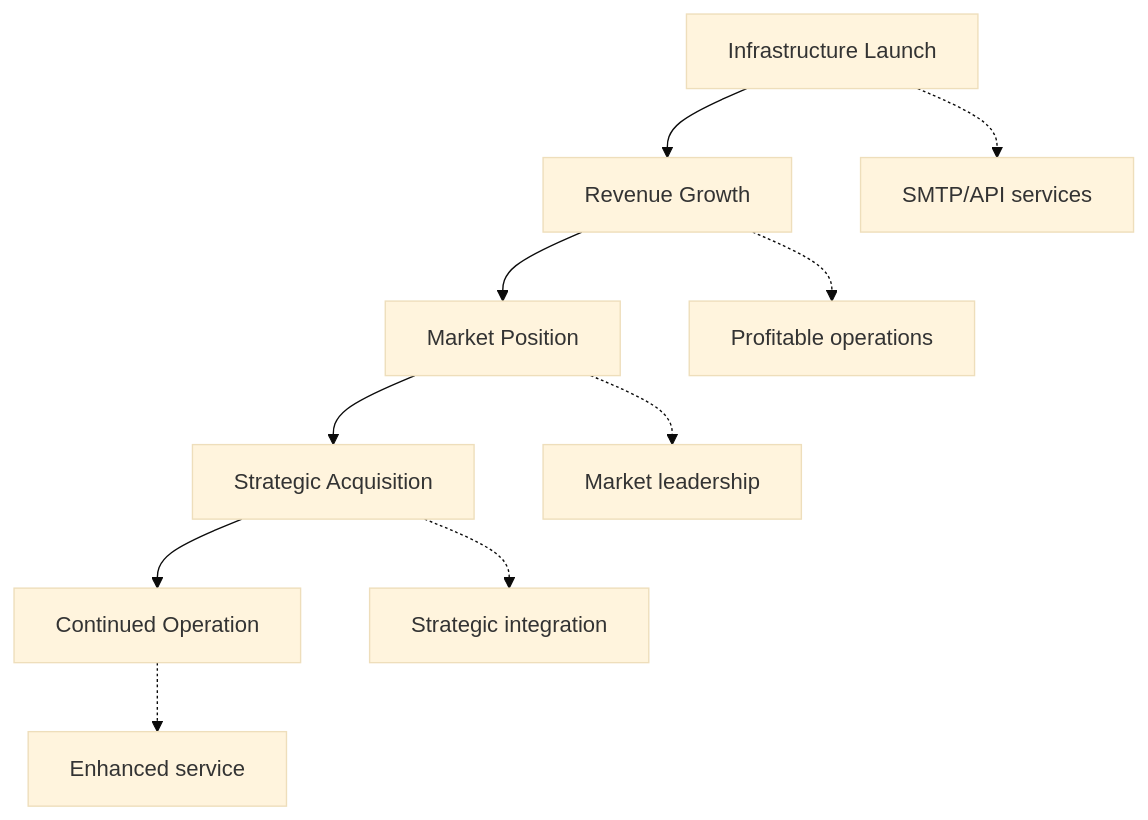
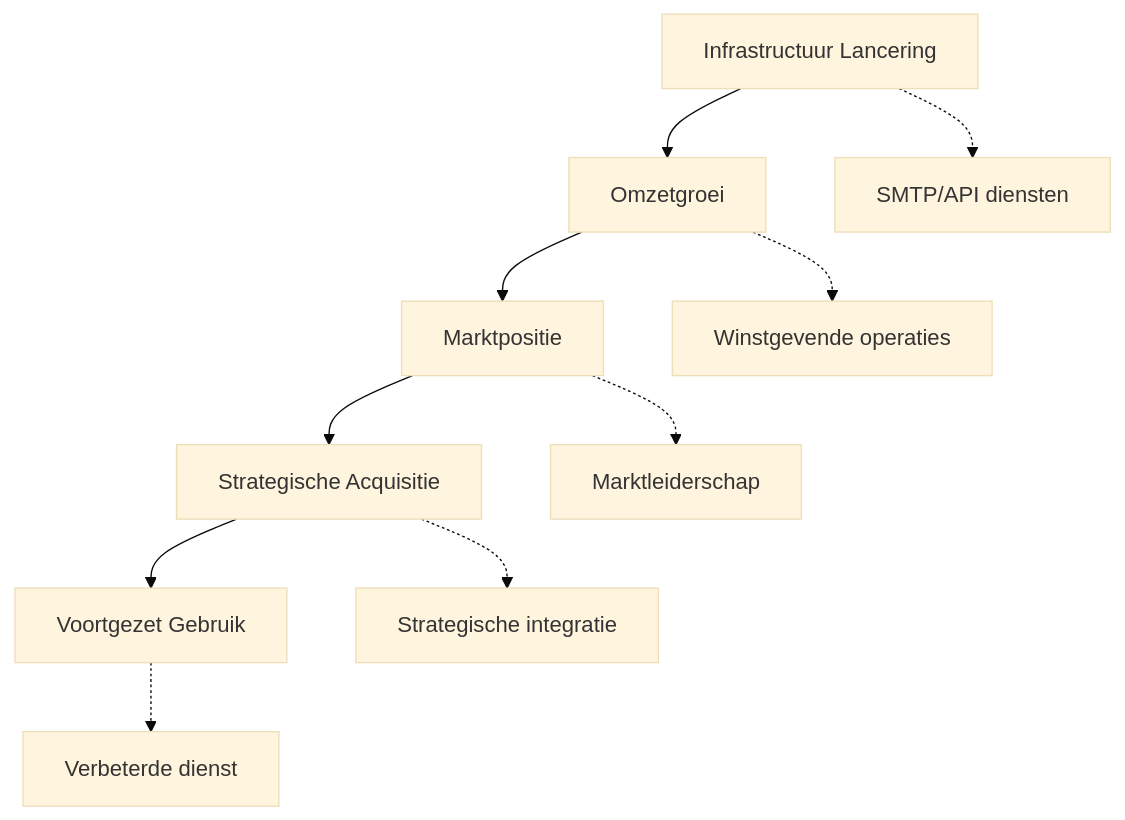
One commit to forwardemail/forwardemail.net changed the sixth of 10 diagrams in app/views/docs/email-startup-graveyard-why-80-percent-email-companies-fail/index-nl.md. Above: the diagram before and after it, drawn with Mermaid (base theme). The commit also changed other lines of this file and 1055 other files, not shown here.

````diff
--- a/app/views/docs/email-startup-graveyard-why-80-percent-email-companies-fail/index-nl.md
+++ b/app/views/docs/email-startup-graveyard-why-80-percent-email-companies-fail/index-nl.md
@@ -354,13 +355,13 @@
 ```mermaid
 flowchart TD
-    F[Infrastructure Launch] --> G[Revenue Growth]
-    G --> H[Market Position]
-    H --> I[Strategic Acquisition]
-    I --> J[Continued Operation]
+    F[Infrastructuur Lancering] --> G[Omzetgroei]
+    G --> H[Marktpositie]
+    H --> I[Strategische Acquisitie]
+    I --> J[Voortgezet Gebruik]
 
-    F -.-> F1["SMTP/API services"]
-    G -.-> G1["Profitable operations"]
-    H -.-> H1["Market leadership"]
-    I -.-> I1["Strategic integration"]
-    J -.-> J1["Enhanced service"]
+    F -.-> F1["SMTP/API diensten"]
+    G -.-> G1["Winstgevende operaties"]
+    H -.-> H1["Marktleiderschap"]
+    I -.-> I1["Strategische integratie"]
+    J -.-> J1["Verbeterde dienst"]
 ```
````
